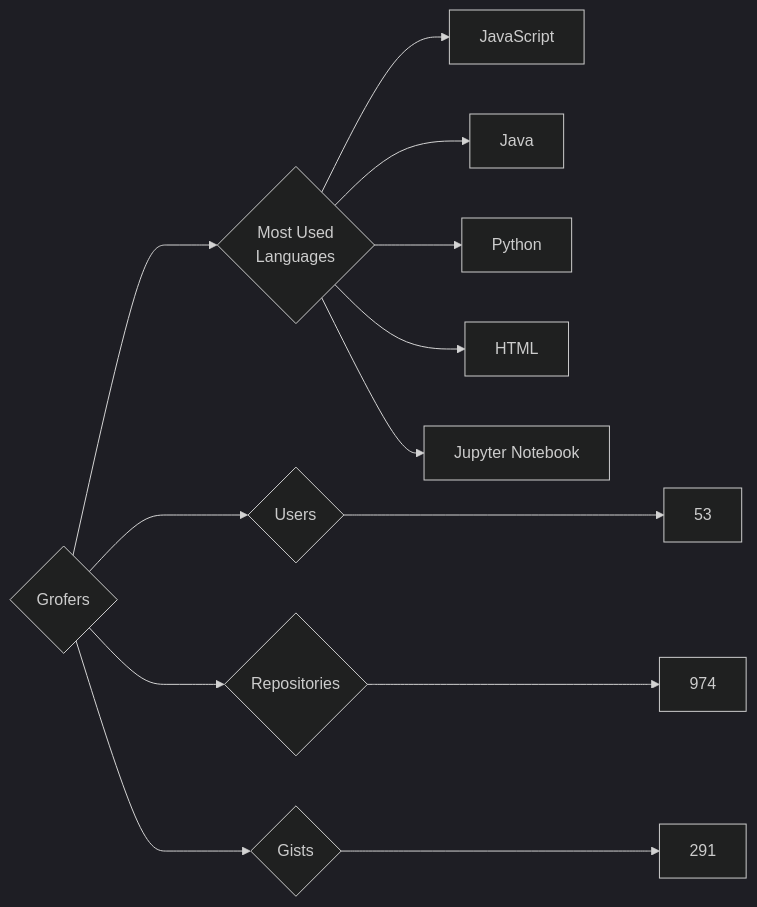
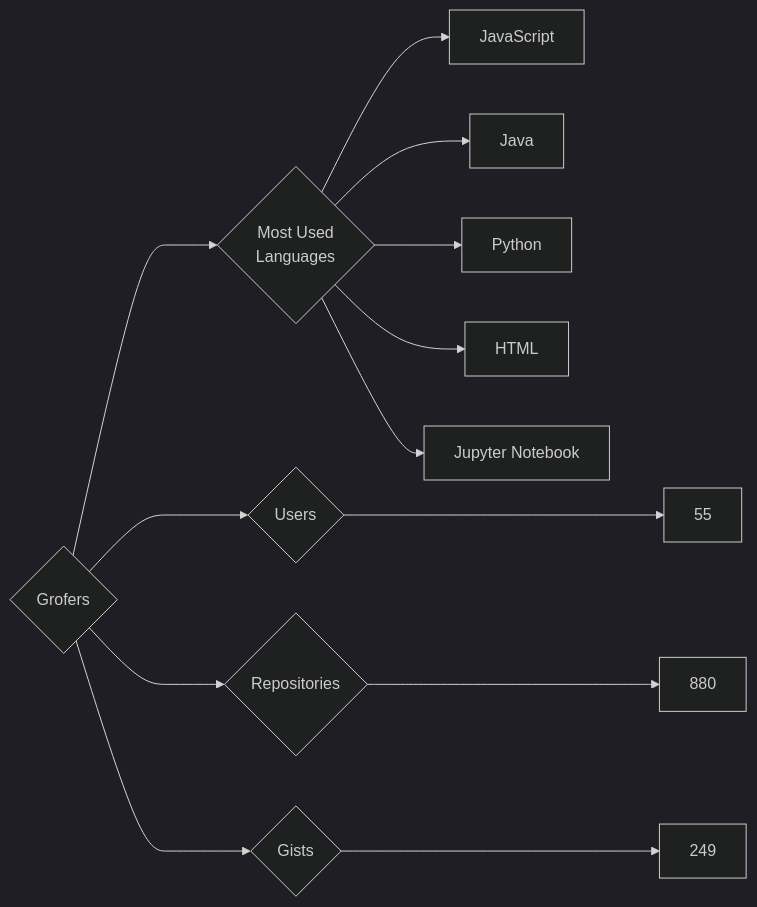
One commit to trickest/insiders changed the diagram in targets/Grofers/README.md. Above: the diagram before and after it, drawn with Mermaid (dark theme). The commit also changed 837 other files, not shown here.

````diff
--- a/targets/Grofers/README.md
+++ b/targets/Grofers/README.md
@@ -3,13 +3,13 @@
 ```mermaid
 graph LR
 COMPANY_NAME{Grofers}
-COMPANY_NAME ---> U{Users} ---> UN[53]
-COMPANY_NAME ---> R{Repositories} ---> RN[974]
-COMPANY_NAME ---> G{Gists} ---> GN[291]
+COMPANY_NAME ---> U{Users} ---> UN[55]
+COMPANY_NAME ---> R{Repositories} ---> RN[880]
+COMPANY_NAME ---> G{Gists} ---> GN[249]
 COMPANY_NAME ---> ML{Most Used<br>Languages}
 ML --> JavaScript[JavaScript]
 ML --> Java[Java]
 ML --> Python[Python]
 ML --> HTML[HTML]
 ML --> Jupyter_Notebook[Jupyter Notebook]
 ```
````
